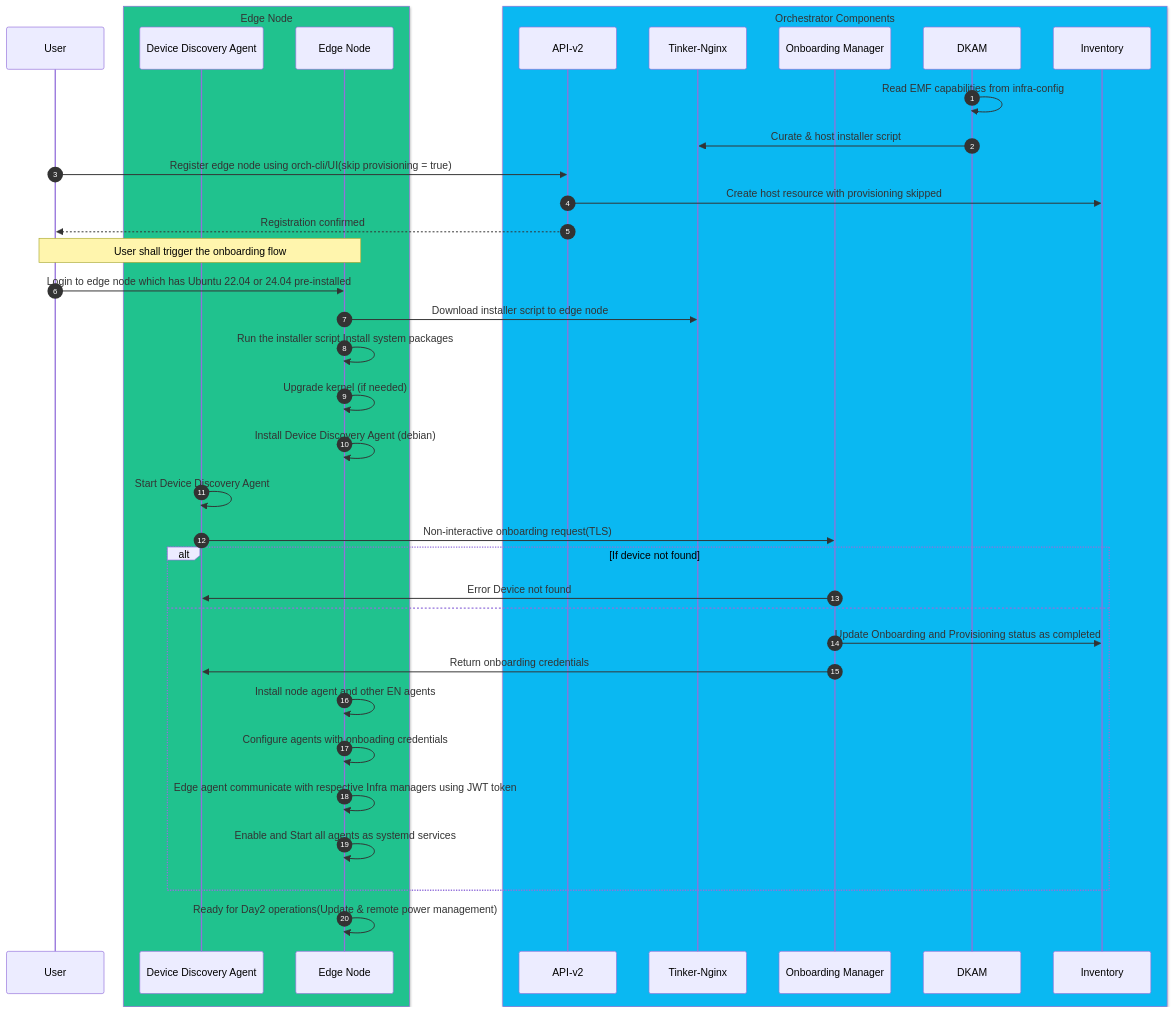
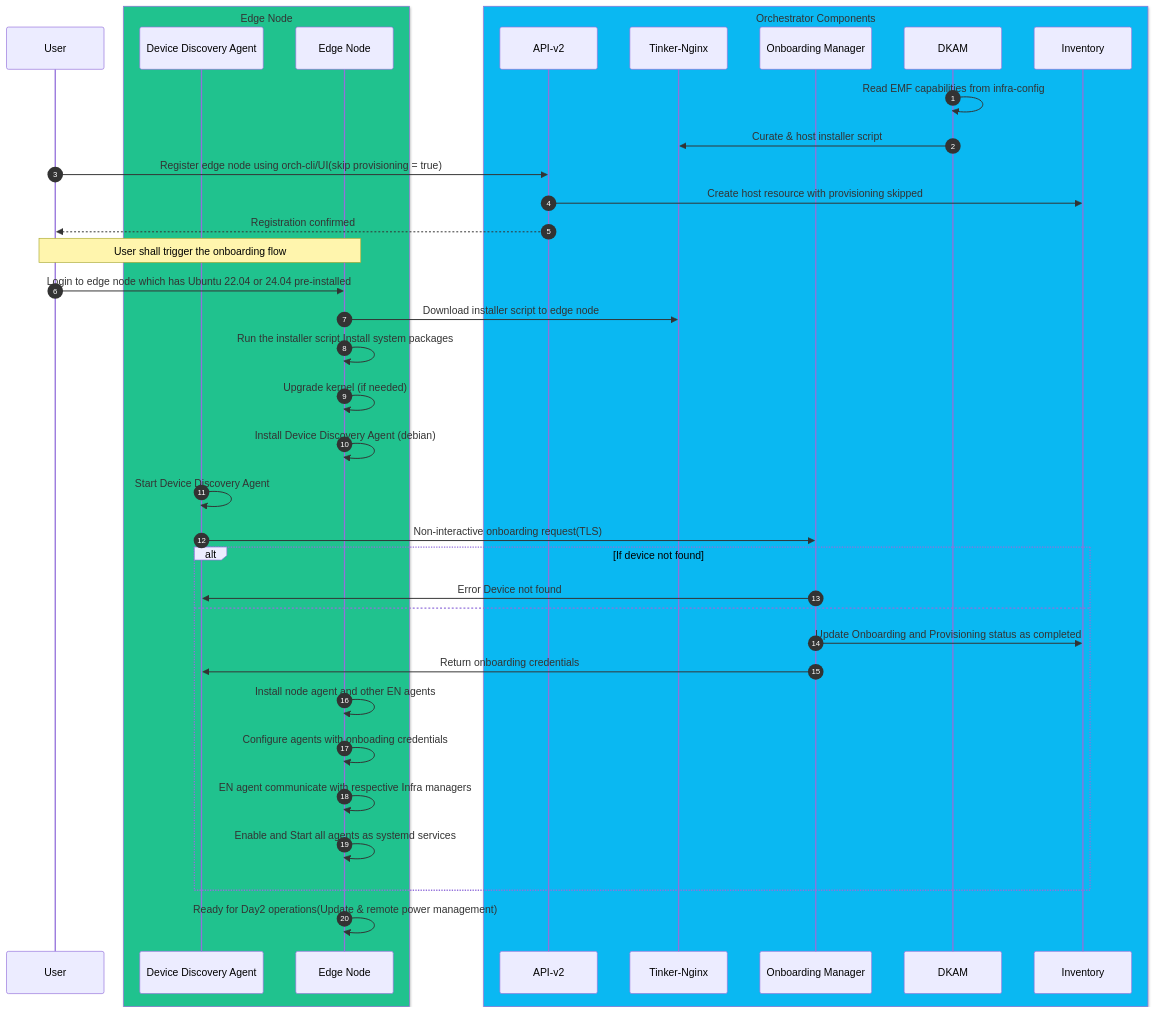
Before and after one commit to open-edge-platform/edge-manageability-framework: the diagram in design-proposals/separation-of-onboard-and-provisioning.md, drawn with Mermaid. The commit also changed other lines of this file, not shown here.

````diff
--- a/design-proposals/separation-of-onboard-and-provisioning.md
+++ b/design-proposals/separation-of-onboard-and-provisioning.md
@@ -68,45 +118,45 @@
 ```mermaid
 sequenceDiagram
 autonumber
     participant User
      box rgba(32, 194, 142, 1) Edge Node 
         participant DeviceDiscovery as Device Discovery Agent
         participant EdgeNode as Edge Node
     end
 
     box rgba(10, 184, 242, 1) Orchestrator Components
         participant API as API-v2
         participant TinkerNginx as Tinker-Nginx
         participant OnboardingMgr as Onboarding Manager
         participant DKAM
         participant Inventory
     end
 
     DKAM->>DKAM: Read EMF capabilities from infra-config
     DKAM->>TinkerNginx: Curate & host installer script
 
     User->>API: Register edge node using orch-cli/UI(skip provisioning = true)
     API->>Inventory: Create host resource with provisioning skipped
     API-->>User: Registration confirmed
     
     
     Note over User,EdgeNode: User shall trigger the onboarding flow
-    User->>EdgeNode: Login to edge node which has Ubuntu 22.04 or 24.04 pre-installed 
+    User->>EdgeNode: Login to edge node which has Ubuntu 22.04 or 24.04 pre-installed
     EdgeNode->>TinkerNginx: Download installer script to edge node
     EdgeNode->>EdgeNode: Run the installer script Install system packages
     EdgeNode->>EdgeNode: Upgrade kernel (if needed)
     EdgeNode->>EdgeNode: Install Device Discovery Agent (debian)
     DeviceDiscovery->>DeviceDiscovery: Start Device Discovery Agent
     DeviceDiscovery->>OnboardingMgr: Non-interactive onboarding request(TLS)
     alt If device not found
         OnboardingMgr->>DeviceDiscovery: Error Device not found
     else
         OnboardingMgr->>Inventory: Update Onboarding and Provisioning status as completed
         OnboardingMgr->>DeviceDiscovery: Return onboarding credentials
         EdgeNode->>EdgeNode: Install node agent and other EN agents
         EdgeNode->>EdgeNode: Configure agents with onboading credentials
-        EdgeNode->>EdgeNode: Edge agent communicate with respective Infra managers using JWT token
+        EdgeNode->>EdgeNode: EN agent communicate with respective Infra managers
         EdgeNode->>EdgeNode: Enable and Start all agents as systemd services
     end
     EdgeNode->>EdgeNode: Ready for Day2 operations(Update & remote power management)
 ```
````
